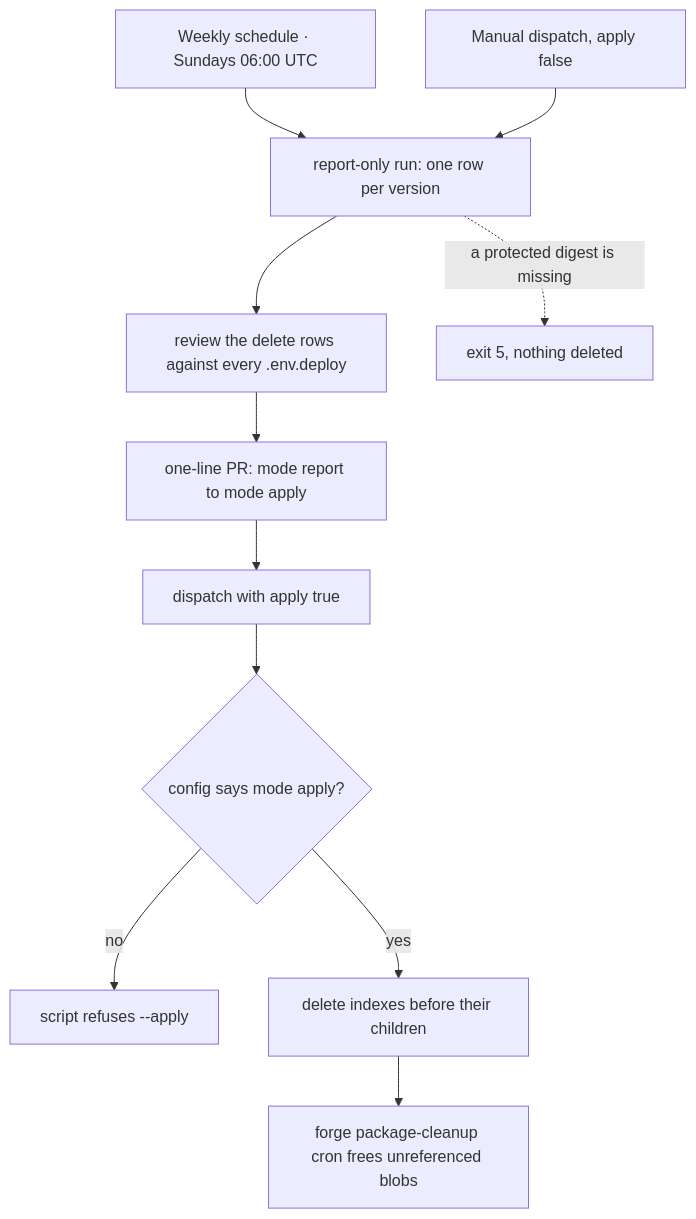
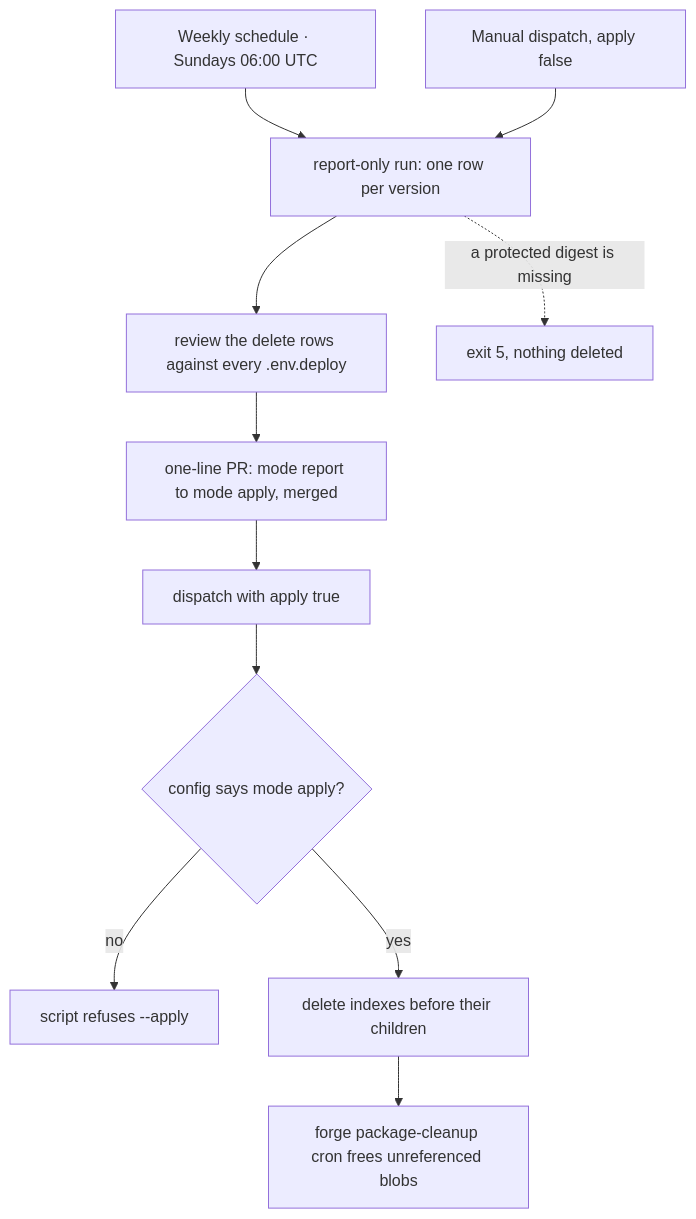
One commit to jumbleknot/MovieCollectionManager changed the third of 3 diagrams in openwiki/runbooks/server-setup.md. Above: the diagram before and after it, drawn with Mermaid. The commit also changed other lines of this file and 3 other files, not shown here.

````diff
--- a/openwiki/runbooks/server-setup.md
+++ b/openwiki/runbooks/server-setup.md
@@ -489,13 +504,13 @@
 ```mermaid
 flowchart TD
   Schedule["Weekly schedule · Sundays 06:00 UTC"] --> Report["report-only run: one row per version"]
   Dispatch["Manual dispatch, apply false"] --> Report
   Report --> Review["review the delete rows against every .env.deploy"]
-  Review --> PR["one-line PR: mode report to mode apply"]
+  Review --> PR["one-line PR: mode report to mode apply, merged"]
   PR --> ApplyDispatch["dispatch with apply true"]
   ApplyDispatch --> Gate{"config says mode apply?"}
   Gate -->|"no"| Refuse["script refuses --apply"]
   Gate -->|"yes"| Delete["delete indexes before their children"]
   Delete --> Cron["forge package-cleanup cron frees unreferenced blobs"]
   Report -.->|"a protected digest is missing"| Alarm["exit 5, nothing deleted"]
 ```
````
